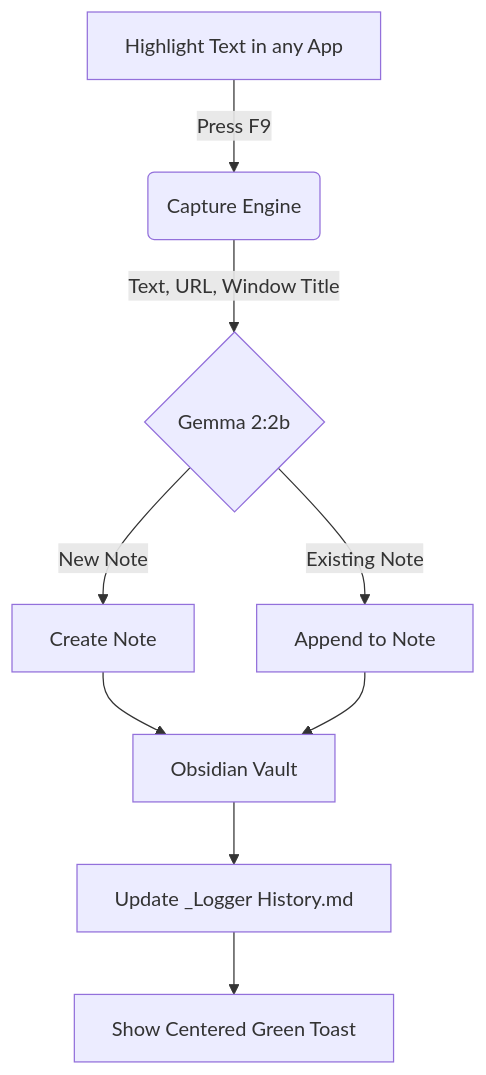
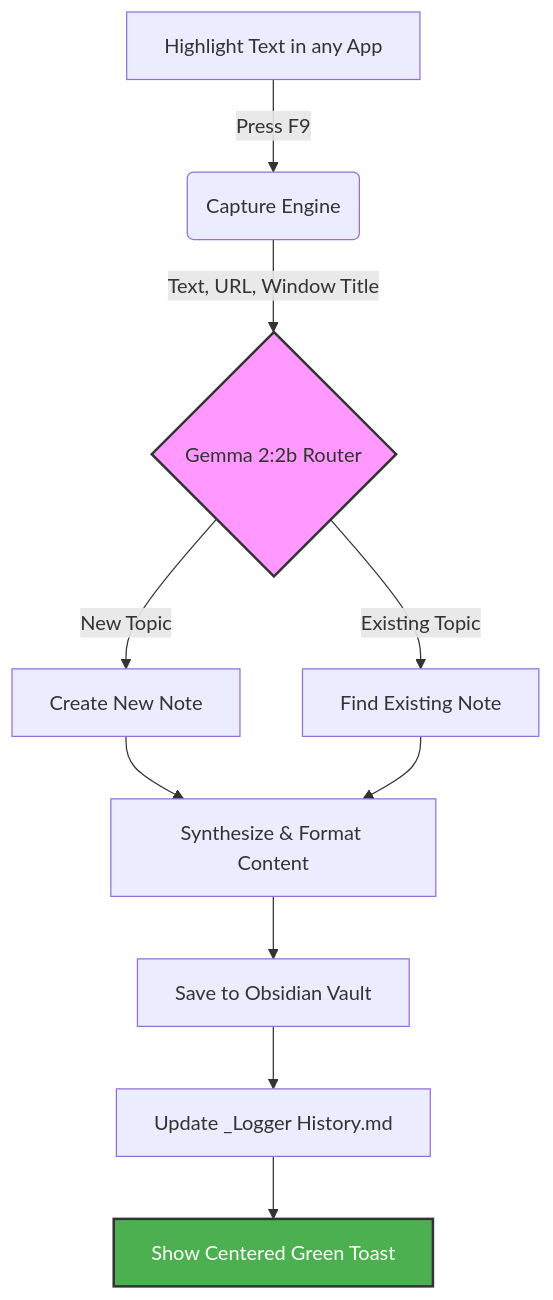
One commit to Vaibhav-sa30/Obsidian-Research-Logger-with-Local-LLM-Gemma2 changed the diagram in README.md. Above: the diagram before and after it, drawn with Mermaid. The commit also changed other lines of this file and 4 other files, not shown here.

Commit message:
Restore .gitignore and fix mermaid diagram logic

````diff
--- a/README.md
+++ b/README.md
@@ -7,11 +7,18 @@
 ```mermaid
 graph TD
     A[Highlight Text in any App] -->|Press F9| B(Capture Engine)
-    B -->|Text, URL, Window Title| C{Gemma 2:2b}
-    C -->|New Note| D[Create Note]
-    C -->|Existing Note| E[Append to Note]
-    D --> F[Obsidian Vault]
-    E --> F[Obsidian Vault]
-    F --> G[Update _Logger History.md]
-    G --> H[Show Centered Green Toast]
+    B -->|Text, URL, Window Title| C{Gemma 2:2b Router}
+    
+    C -->|New Topic| D[Create New Note]
+    C -->|Existing Topic| E[Find Existing Note]
+    
+    D --> F[Synthesize & Format Content]
+    E --> F
+    
+    F --> G[Save to Obsidian Vault]
+    G --> H[Update _Logger History.md]
+    H --> I[Show Centered Green Toast]
+
+    style C fill:#f9f,stroke:#333,stroke-width:2px
+    style I fill:#4CAF50,stroke:#333,stroke-width:2px,color:#fff
 ```
````
